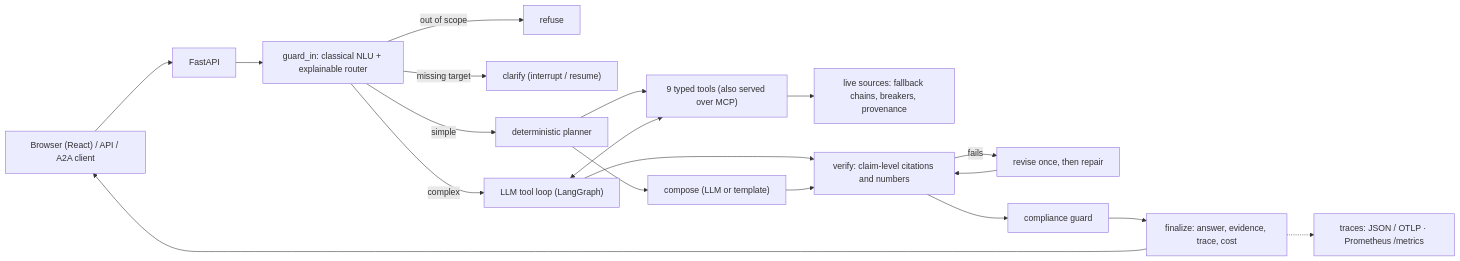
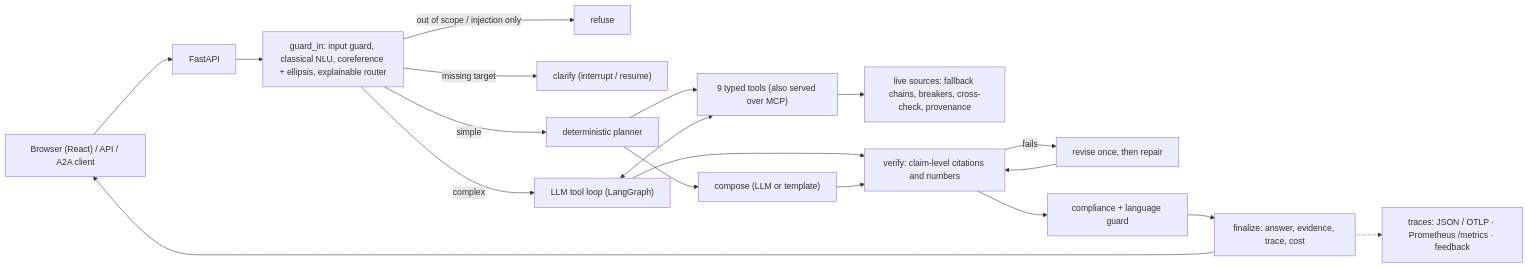
The diagram in README.md (beautifulrem/FinSight), drawn with Mermaid before and after one commit. The commit also changed other lines of this file and 17 other files, not shown here.

````diff
--- a/README.md
+++ b/README.md
@@ -61,19 +119,19 @@
 ```mermaid
 flowchart LR
   U["Browser (React) / API / A2A client"] --> API["FastAPI"]
-  API --> G["guard_in: classical NLU + explainable router"]
-  G -->|out of scope| RF["refuse"]
+  API --> G["guard_in: input guard, classical NLU, coreference + ellipsis, explainable router"]
+  G -->|out of scope / injection only| RF["refuse"]
   G -->|missing target| CL["clarify (interrupt / resume)"]
   G -->|simple| WF["deterministic planner"]
   G -->|complex| AL["LLM tool loop (LangGraph)"]
   WF --> T["9 typed tools (also served over MCP)"]
   AL <--> T
-  T --> DS["live sources: fallback chains, breakers, provenance"]
+  T --> DS["live sources: fallback chains, breakers, cross-check, provenance"]
   WF --> C["compose (LLM or template)"]
   AL --> V["verify: claim-level citations and numbers"]
   C --> V
   V -->|fails| RV["revise once, then repair"] --> V
-  V --> K["compliance guard"] --> F["finalize: answer, evidence, trace, cost"]
+  V --> K["compliance + language guard"] --> F["finalize: answer, evidence, trace, cost"]
   F --> U
-  F -.-> O["traces: JSON / OTLP · Prometheus /metrics"]
+  F -.-> O["traces: JSON / OTLP · Prometheus /metrics · feedback"]
 ```
````
